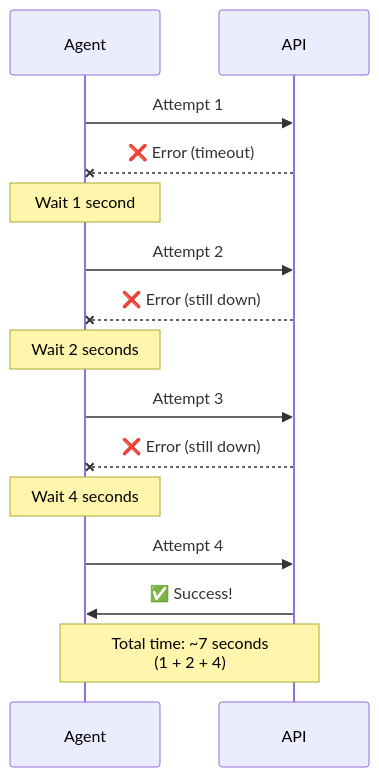
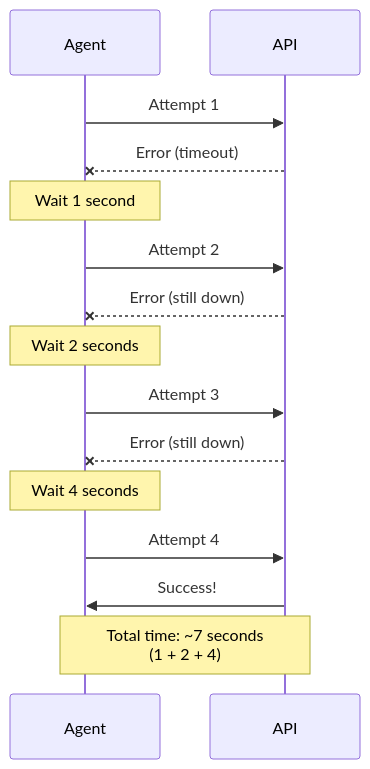
The second of 2 diagrams in Instructional-Design-Challenge/Day-02_Production-Ready/00-Lectures/03-Error-Handling-That-Works.md (AliMehdii/Jedha-use-case), drawn with Mermaid before and after one commit. The commit also changed other lines of this file and 9 other files, not shown here.

Commit message:
Refine instructional materials for AI agents: updated diagrams for chatbot vs. agent flows, improved state representation in exercises, and enhanced error handling visuals. Adjusted terminology for clarity and consistency across all lecture and exercise files.

````diff
--- a/Instructional-Design-Challenge/Day-02_Production-Ready/00-Lectures/03-Error-Handling-That-Works.md
+++ b/Instructional-Design-Challenge/Day-02_Production-Ready/00-Lectures/03-Error-Handling-That-Works.md
@@ -200,21 +196,17 @@
 ```mermaid
 sequenceDiagram
     participant Agent
     participant API
-    
     Agent->>API: Attempt 1
-    API--xAgent: ❌ Error (timeout)
+    API--xAgent: Error (timeout)
     Note over Agent: Wait 1 second
-    
     Agent->>API: Attempt 2
-    API--xAgent: ❌ Error (still down)
+    API--xAgent: Error (still down)
     Note over Agent: Wait 2 seconds
-    
     Agent->>API: Attempt 3
-    API--xAgent: ❌ Error (still down)
+    API--xAgent: Error (still down)
     Note over Agent: Wait 4 seconds
-    
     Agent->>API: Attempt 4
-    API->>Agent: ✅ Success!
+    API->>Agent: Success!
     Note over Agent,API: Total time: ~7 seconds<br/>(1 + 2 + 4)
 ```
````
